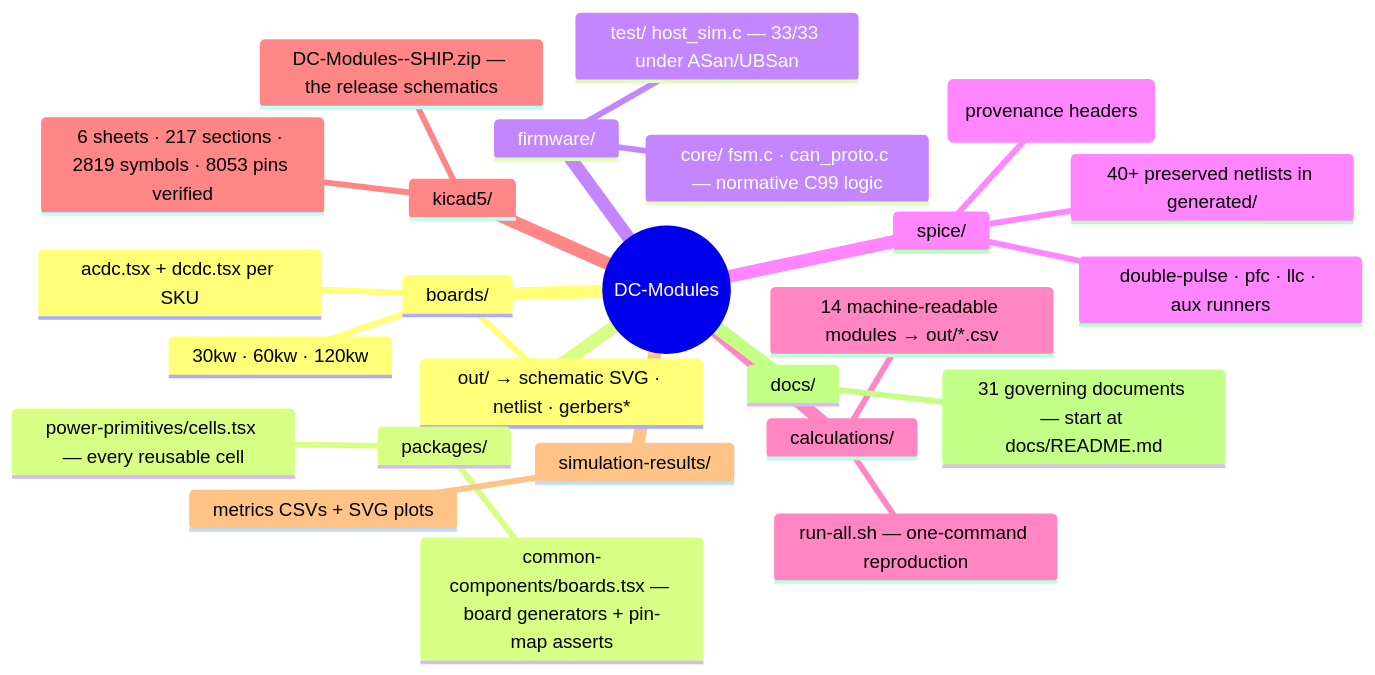
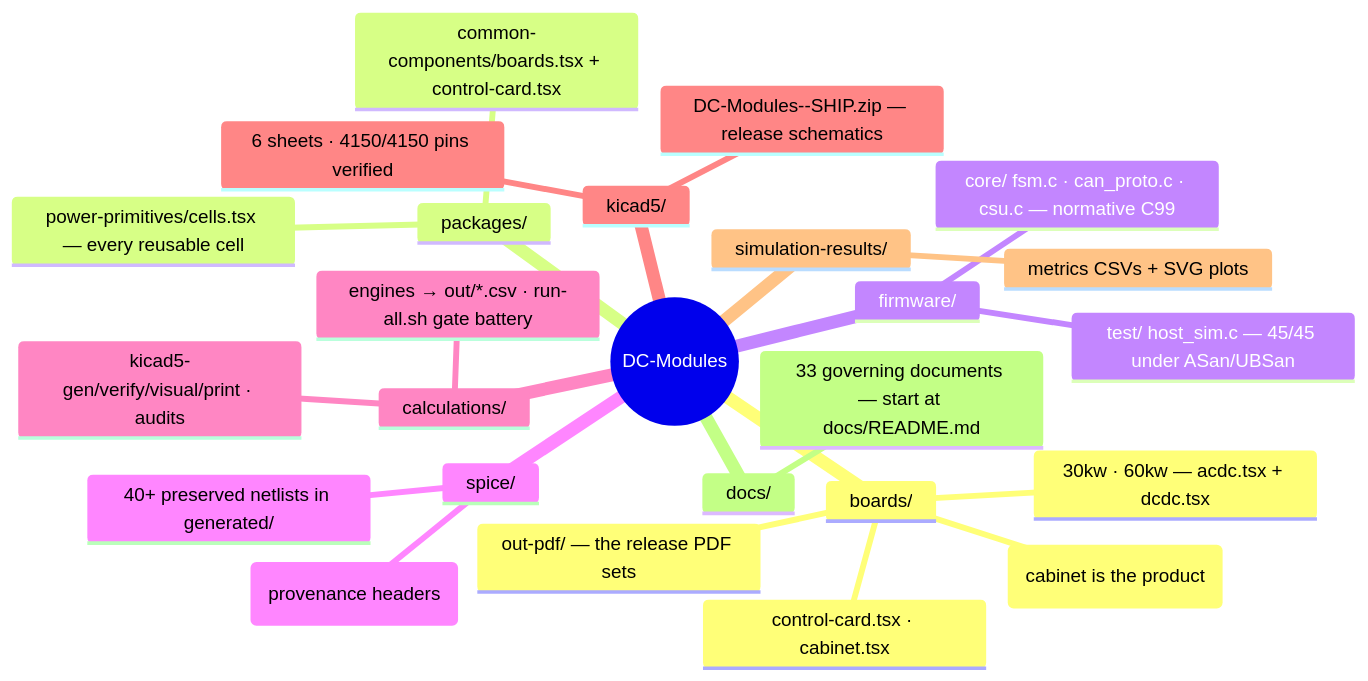
Before and after one commit to vectivolt/DC-Modules: the second of 3 diagrams in README.md, drawn with Mermaid. The commit also changed other lines of this file and 62 other files, not shown here.

````diff
--- a/README.md
+++ b/README.md
@@ -82,28 +88,28 @@
 ```mermaid
 mindmap
   root((DC-Modules))
     boards/
-      30kw · 60kw · 120kw
-      acdc.tsx + dcdc.tsx per SKU
-      out/ → schematic SVG · netlist · gerbers*
+      30kw · 60kw — acdc.tsx + dcdc.tsx
+      control-card.tsx · cabinet.tsx
+      120kw/ — retired reference (cabinet is the product)
+      out-pdf/ — the release PDF sets
     packages/
       power-primitives/cells.tsx — every reusable cell
-      common-components/boards.tsx — board generators + pin-map asserts
+      common-components/boards.tsx + control-card.tsx
     firmware/
-      core/ fsm.c · can_proto.c — normative C99 logic
-      test/ host_sim.c — 33/33 under ASan/UBSan
+      core/ fsm.c · can_proto.c · csu.c — normative C99
+      test/ host_sim.c — 45/45 under ASan/UBSan
     spice/
       models/ behavioral SiC lib (provenance headers)
       40+ preserved netlists in generated/
-      double-pulse · pfc · llc · aux runners
     calculations/
-      14 machine-readable modules → out/*.csv
-      run-all.sh — one-command reproduction
+      engines → out/*.csv · run-all.sh gate battery
+      kicad5-gen/verify/visual/print · audits
     kicad5/
-      DC-Modules-<sku>-SHIP.zip — the release schematics
-      6 sheets · 217 sections · 2819 symbols · 8053 pins verified
+      DC-Modules-<target>-SHIP.zip — release schematics
+      6 sheets · 4150/4150 pins verified
     simulation-results/
       metrics CSVs + SVG plots
     docs/
-      31 governing documents — start at docs/README.md
+      33 governing documents — start at docs/README.md
 ```
````
